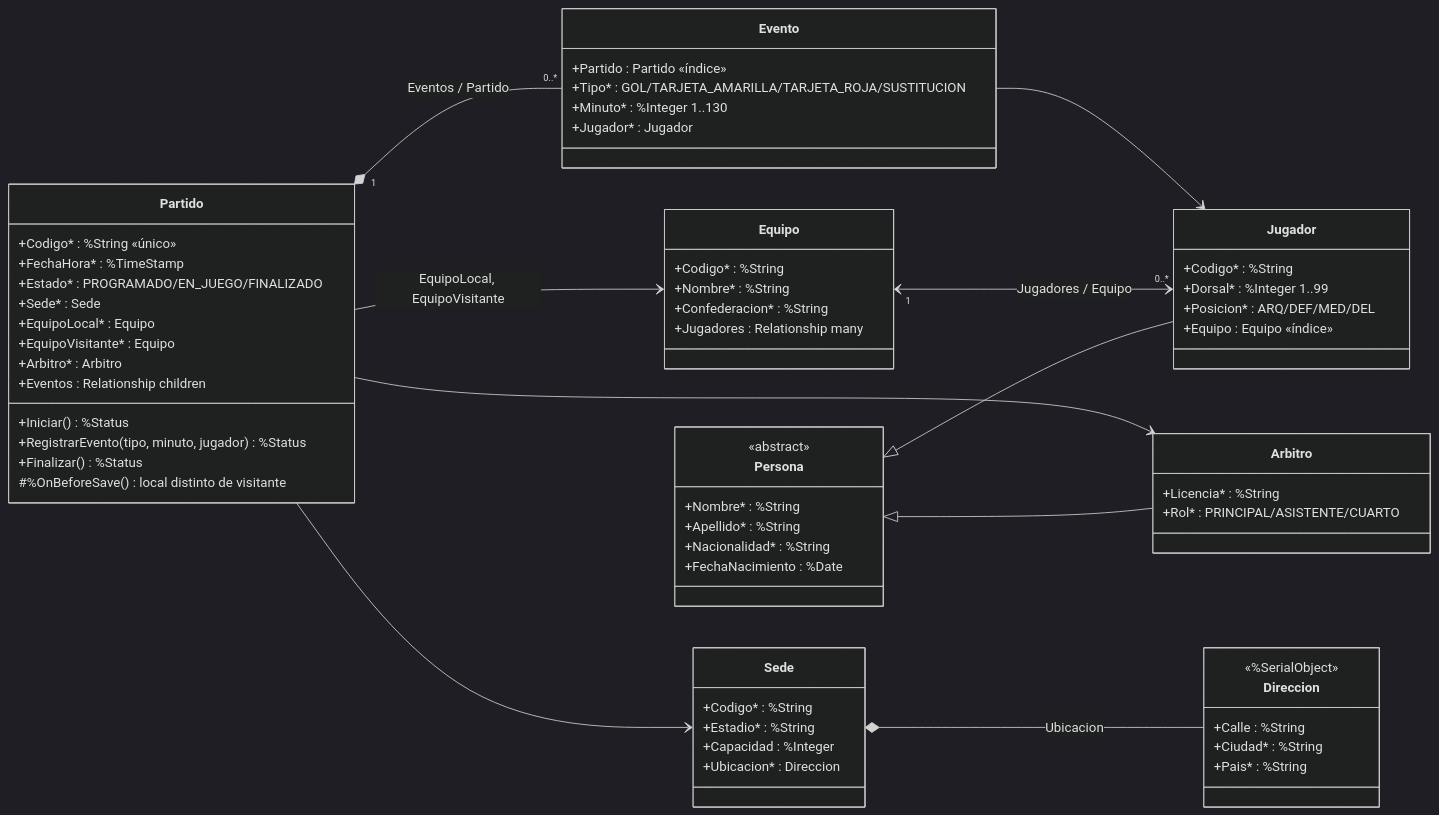
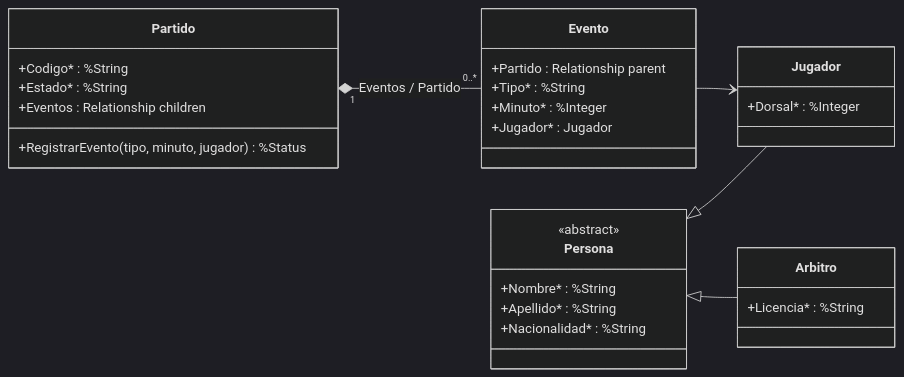
One commit to ttornillouade/Fixture-2030_DatosII_Grupo15 changed the diagram in hito-9-iris/README.md. Above: the diagram before and after it, drawn with Mermaid (dark theme). The commit also changed other lines of this file and 12 other files, not shown here.

````diff
--- a/hito-9-iris/README.md
+++ b/hito-9-iris/README.md
@@ -79,68 +52,32 @@
 ```mermaid
 classDiagram
     direction LR
     class Persona {
         <<abstract>>
         +Nombre* : %String
         +Apellido* : %String
         +Nacionalidad* : %String
-        +FechaNacimiento : %Date
     }
     class Jugador {
-        +Codigo* : %String
-        +Dorsal* : %Integer 1..99
-        +Posicion* : ARQ/DEF/MED/DEL
-        +Equipo : Equipo «índice»
+        +Dorsal* : %Integer
     }
     class Arbitro {
         +Licencia* : %String
-        +Rol* : PRINCIPAL/ASISTENTE/CUARTO
-    }
-    class Equipo {
-        +Codigo* : %String
-        +Nombre* : %String
-        +Confederacion* : %String
-        +Jugadores : Relationship many
-    }
-    class Sede {
-        +Codigo* : %String
-        +Estadio* : %String
-        +Capacidad : %Integer
-        +Ubicacion* : Direccion
-    }
-    class Direccion {
-        <<%SerialObject>>
-        +Calle : %String
-        +Ciudad* : %String
-        +Pais* : %String
     }
     class Partido {
-        +Codigo* : %String «único»
-        +FechaHora* : %TimeStamp
-        +Estado* : PROGRAMADO/EN_JUEGO/FINALIZADO
-        +Sede* : Sede
-        +EquipoLocal* : Equipo
-        +EquipoVisitante* : Equipo
-        +Arbitro* : Arbitro
+        +Codigo* : %String
+        +Estado* : %String
         +Eventos : Relationship children
-        +Iniciar() %Status
         +RegistrarEvento(tipo, minuto, jugador) %Status
-        +Finalizar() %Status
-        #%OnBeforeSave() local distinto de visitante
     }
     class Evento {
-        +Partido : Partido «índice»
-        +Tipo* : GOL/TARJETA_AMARILLA/TARJETA_ROJA/SUSTITUCION
-        +Minuto* : %Integer 1..130
+        +Partido : Relationship parent
+        +Tipo* : %String
+        +Minuto* : %Integer
         +Jugador* : Jugador
     }
     Persona <|-- Jugador
     Persona <|-- Arbitro
-    Equipo "1" <--> "0..*" Jugador : Jugadores / Equipo
     Partido "1" *-- "0..*" Evento : Eventos / Partido
-    Sede *-- Direccion : Ubicacion
-    Partido --> Sede
-    Partido --> Equipo : EquipoLocal, EquipoVisitante
-    Partido --> Arbitro
     Evento --> Jugador
 ```
````
